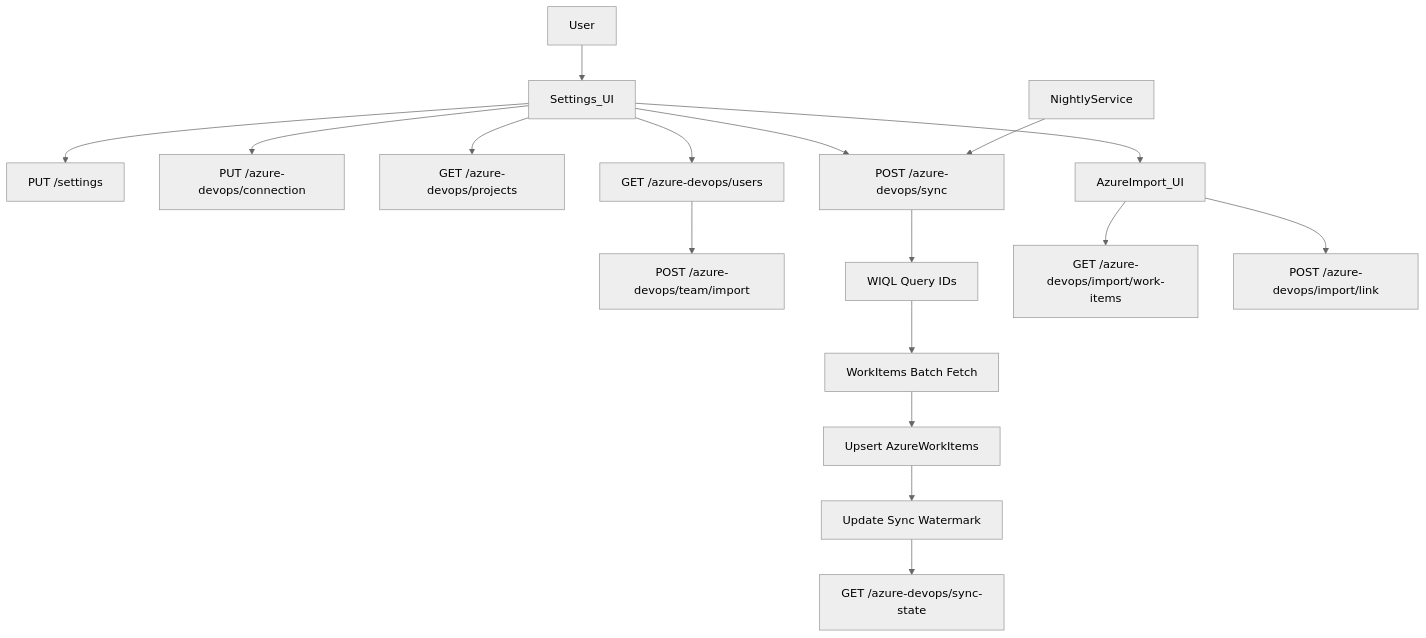
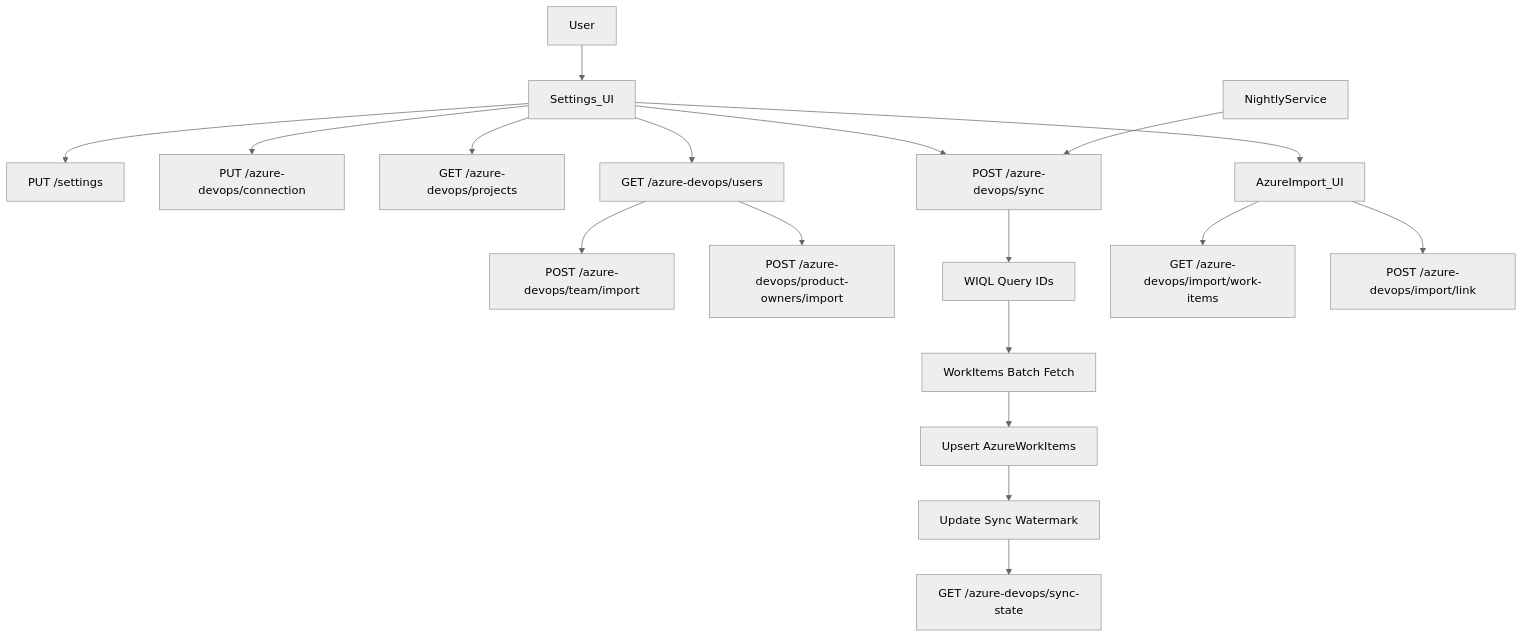
The diagram in docs/azure-devops-sync-flow.md (smithhe/Atlas), drawn with Mermaid (neutral theme) before and after one commit. The commit also changed other lines of this file and 21 other files, not shown here.

Commit message:
Added import for product owners

````diff
--- a/docs/azure-devops-sync-flow.md
+++ b/docs/azure-devops-sync-flow.md
@@ -3,23 +3,24 @@
 ```mermaid
 flowchart TD
     user[User] --> settingsUi[Settings_UI]
     settingsUi --> saveSettings["PUT /settings"]
     settingsUi --> saveConnection["PUT /azure-devops/connection"]
 
     settingsUi --> listProjects["GET /azure-devops/projects"]
     settingsUi --> listUsers["GET /azure-devops/users"]
     listUsers --> importTeam["POST /azure-devops/team/import"]
+    listUsers --> importProductOwners["POST /azure-devops/product-owners/import"]
 
     settingsUi --> syncNow["POST /azure-devops/sync"]
     syncNow --> wiql["WIQL Query IDs"]
     wiql --> batchFetch["WorkItems Batch Fetch"]
     batchFetch --> upsertDb["Upsert AzureWorkItems"]
     upsertDb --> updateState["Update Sync Watermark"]
     updateState --> syncState["GET /azure-devops/sync-state"]
 
     settingsUi --> importPage[AzureImport_UI]
     importPage --> listImport["GET /azure-devops/import/work-items"]
     importPage --> linkItems["POST /azure-devops/import/link"]
 
     nightly[NightlyService] --> syncNow
 ```
````
